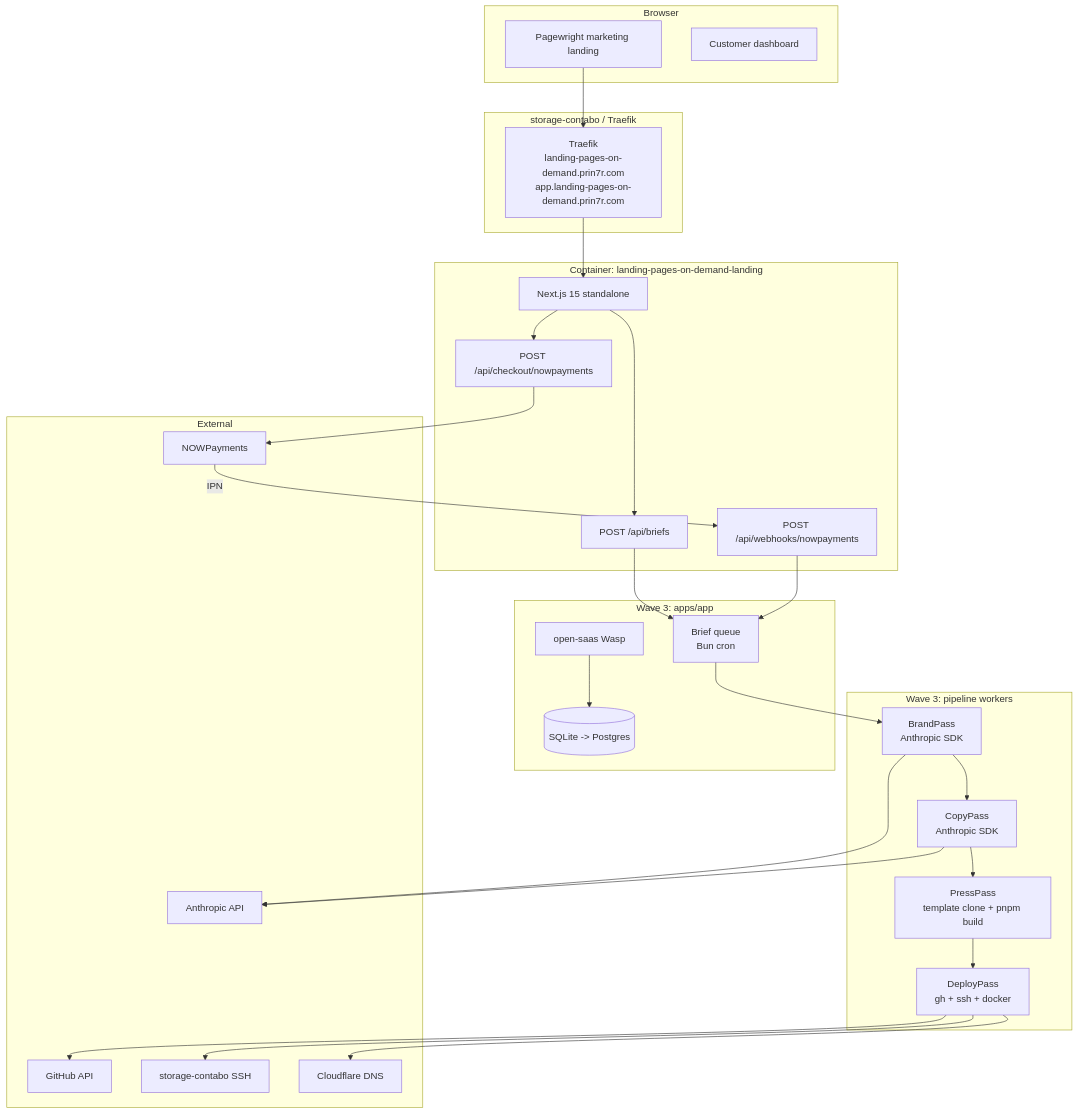
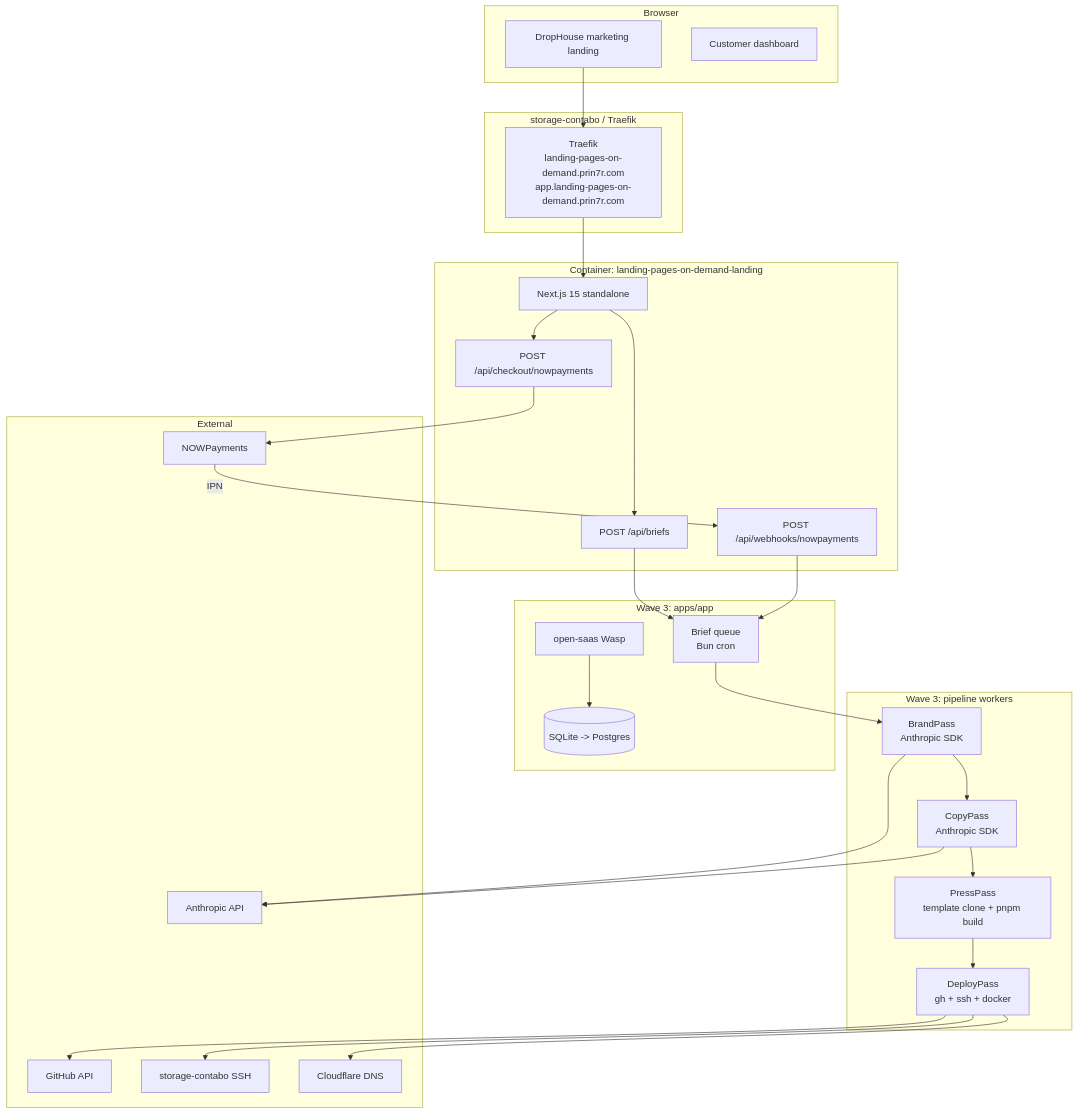
The first of 2 diagrams in docs/12-technical-specification.md (prin7r-projects/landing-pages-on-demand), drawn with Mermaid before and after one commit. The commit also changed other lines of this file and 23 other files, not shown here.

First line of the commit message:
rebrand: Pagewright -> DropHouse (FAIL on pagewright.co.uk + playwright.dev SEO eclipse)

````diff
--- a/docs/12-technical-specification.md
+++ b/docs/12-technical-specification.md
@@ -11,51 +11,51 @@
 ```mermaid
 flowchart TB
   subgraph Client[Browser]
-    LP[Pagewright marketing landing]
+    LP[DropHouse marketing landing]
     DB[Customer dashboard]
   end
 
   subgraph Edge[storage-contabo / Traefik]
     TR[Traefik<br/>landing-pages-on-demand.prin7r.com<br/>app.landing-pages-on-demand.prin7r.com]
   end
 
   subgraph LandingSvc[Container: landing-pages-on-demand-landing]
     NX[Next.js 15 standalone]
     API_BR[POST /api/briefs]
     API_CH[POST /api/checkout/nowpayments]
     API_WH[POST /api/webhooks/nowpayments]
   end
 
   subgraph AppSvc[Wave 3: apps/app]
     APP[open-saas Wasp]
     DBP[(SQLite -> Postgres)]
     Q[Brief queue<br/>Bun cron]
   end
 
   subgraph Pipeline[Wave 3: pipeline workers]
     BR[BrandPass<br/>Anthropic SDK]
     CP[CopyPass<br/>Anthropic SDK]
     PR[PressPass<br/>template clone + pnpm build]
     DP[DeployPass<br/>gh + ssh + docker]
   end
 
   subgraph External
     NP[NOWPayments]
     GH[GitHub API]
     SC[storage-contabo SSH]
     CL[Cloudflare DNS]
     AN[Anthropic API]
   end
 
   LP --> TR --> NX
   NX --> API_BR --> Q
   NX --> API_CH --> NP
   NP --IPN--> API_WH --> Q
   Q --> BR --> CP --> PR --> DP
   BR --> AN
   CP --> AN
   DP --> GH
   DP --> SC
   DP --> CL
   APP --> DBP
 ```
````
